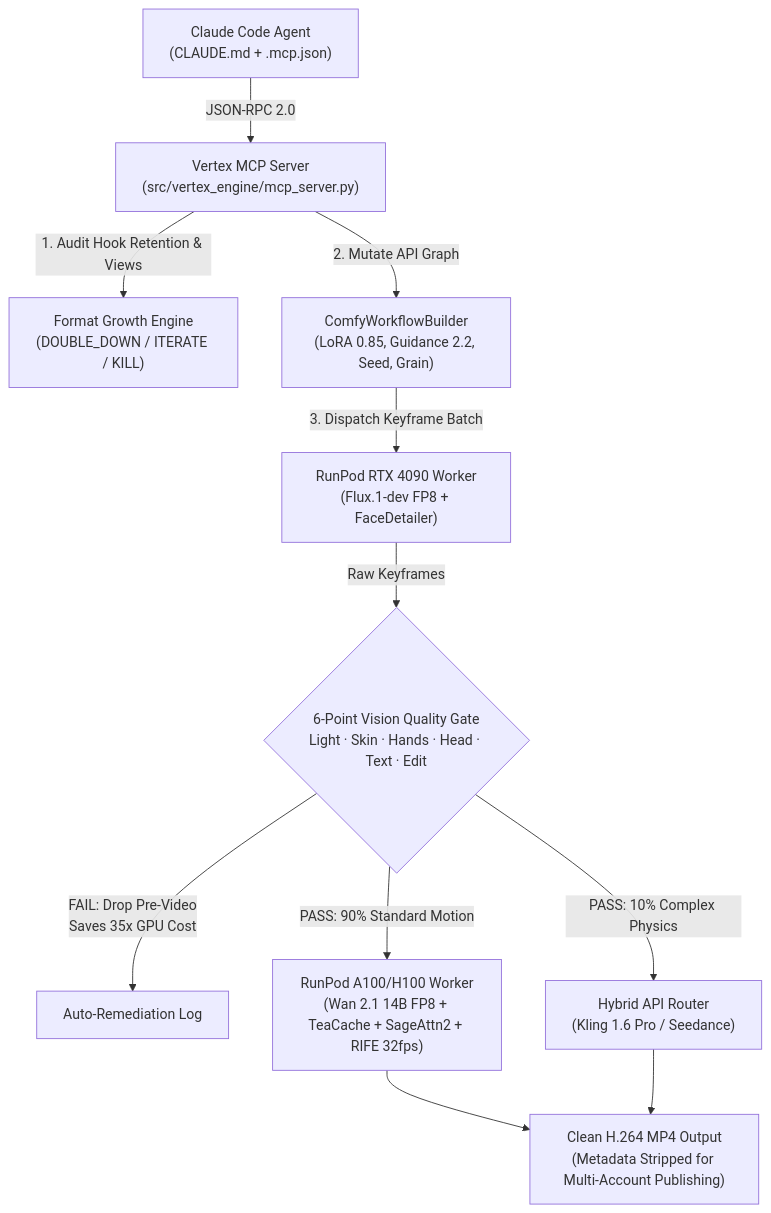
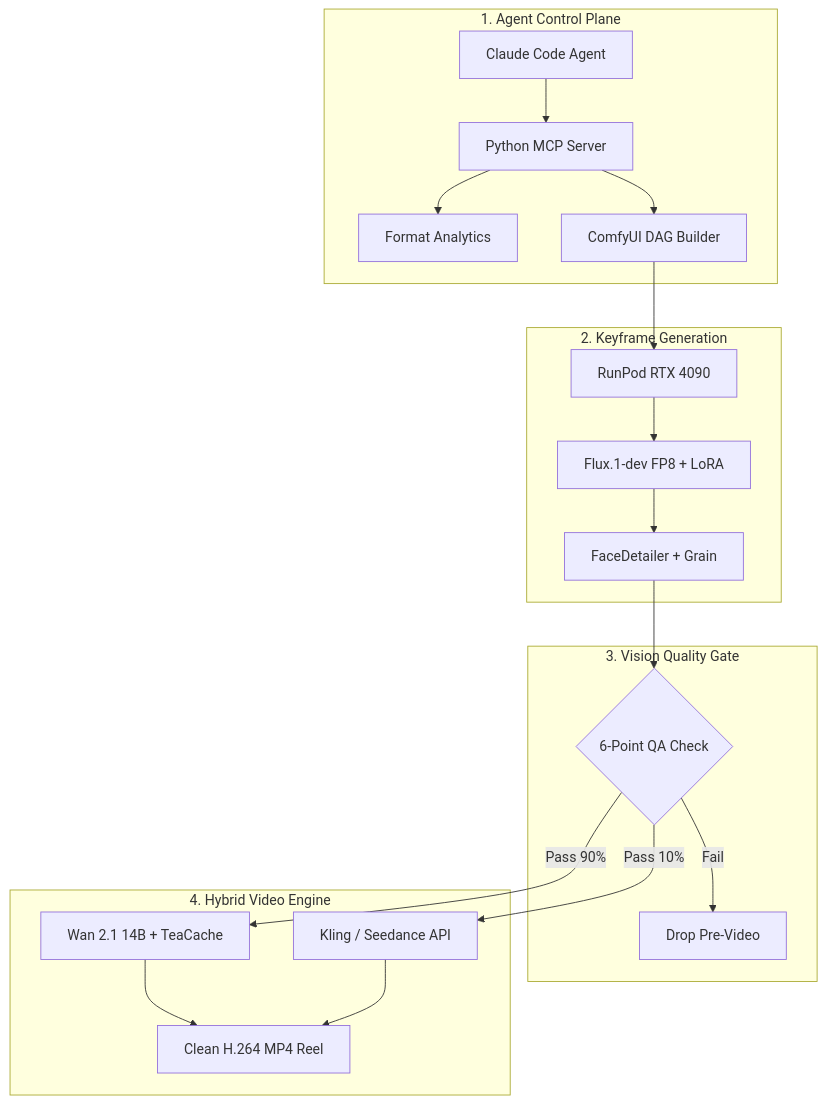
One commit to fernando-pedernera/vertex-content-engine changed the diagram in README.md. Above: the diagram before and after it, drawn with Mermaid. The commit also changed other lines of this file, not shown here.

Commit message:
docs: add author header and optimize Mermaid architecture diagram layout

````diff
--- a/README.md
+++ b/README.md
@@ -55,13 +57,26 @@
 ```mermaid
 flowchart TD
-    CC["Claude Code Agent\n(CLAUDE.md + .mcp.json)"] -->|JSON-RPC 2.0| MCP["Vertex MCP Server\n(src/vertex_engine/mcp_server.py)"]
-    MCP -->|1. Audit Hook Retention & Views| FA["Format Growth Engine\n(DOUBLE_DOWN / ITERATE / KILL)"]
-    MCP -->|2. Mutate API Graph| WB["ComfyWorkflowBuilder\n(LoRA 0.85, Guidance 2.2, Seed, Grain)"]
-    WB -->|3. Dispatch Keyframe Batch| GPU1["RunPod RTX 4090 Worker\n(Flux.1-dev FP8 + FaceDetailer)"]
-    GPU1 -->|Raw Keyframes| QG{"6-Point Vision Quality Gate\nLight · Skin · Hands · Head · Text · Edit"}
-    QG -->|FAIL: Drop Pre-Video\nSaves 35x GPU Cost| REJ["Auto-Remediation Log"]
-    QG -->|PASS: 90% Standard Motion| GPU2["RunPod A100/H100 Worker\n(Wan 2.1 14B FP8 + TeaCache + SageAttn2 + RIFE 32fps)"]
-    QG -->|PASS: 10% Complex Physics| API["Hybrid API Router\n(Kling 1.6 Pro / Seedance)"]
-    GPU2 --> PUB["Clean H.264 MP4 Output\n(Metadata Stripped for Multi-Account Publishing)"]
-    API --> PUB
+    subgraph S1["1. Agent Control Plane"]
+        CC["Claude Code Agent"] --> MCP["Python MCP Server"]
+        MCP --> FA["Format Analytics"]
+        MCP --> WB["ComfyUI DAG Builder"]
+    end
+
+    subgraph S2["2. Keyframe Generation"]
+        WB --> GPU1["RunPod RTX 4090"]
+        GPU1 --> FLUX["Flux.1-dev FP8 + LoRA"]
+        FLUX --> FD["FaceDetailer + Grain"]
+    end
+
+    subgraph S3["3. Vision Quality Gate"]
+        FD --> QG{"6-Point QA Check"}
+        QG -->|Fail| REJ["Drop Pre-Video"]
+    end
+
+    subgraph S4["4. Hybrid Video Engine"]
+        QG -->|Pass 90%| WAN["Wan 2.1 14B + TeaCache"]
+        QG -->|Pass 10%| API["Kling / Seedance API"]
+        WAN --> MP4["Clean H.264 MP4 Reel"]
+        API --> MP4
+    end
 ```
````
